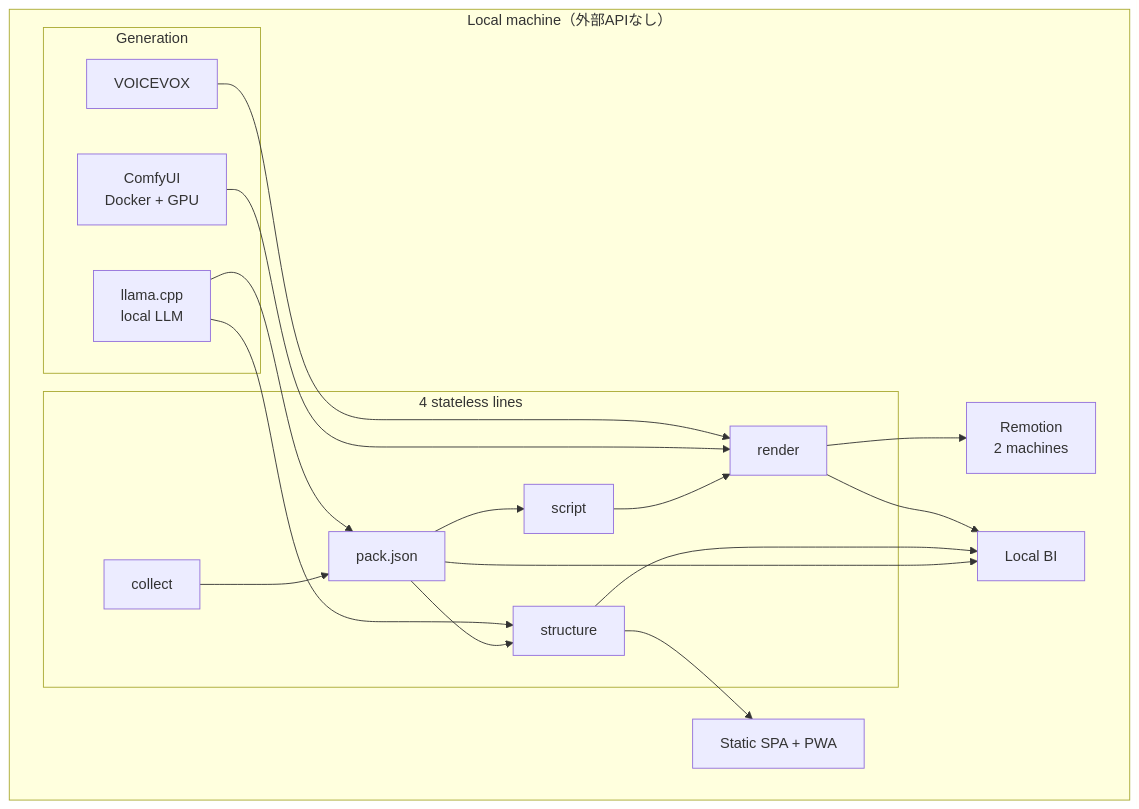
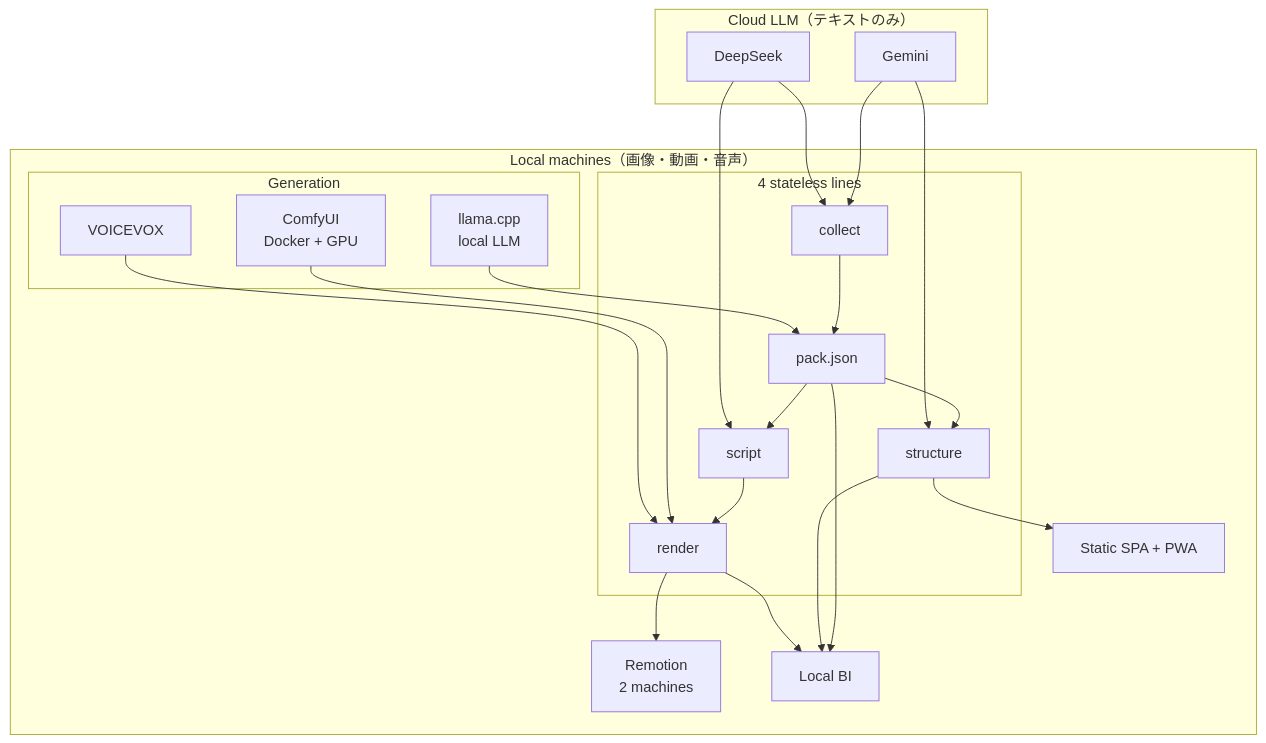
One commit to RintaroMatsumoto/ai-production-line changed the diagram in README.md. Above: the diagram before and after it, drawn with Mermaid. The commit also changed other lines of this file and 3 other files, not shown here.

First line of the commit message:
docs: make the local/cloud split explicit

````diff
--- a/README.md
+++ b/README.md
@@ -122,31 +132,39 @@
 ```mermaid
 flowchart TB
-  subgraph LOCAL["Local machine（外部APIなし）"]
+  subgraph CLOUD["Cloud LLM（テキストのみ）"]
+    G["Gemini"]
+    DS["DeepSeek"]
+  end
+
+  subgraph LOCAL["Local machines（画像・動画・音声）"]
     subgraph GEN["Generation"]
       C["ComfyUI<br/>Docker + GPU"]
       L["llama.cpp<br/>local LLM"]
       V["VOICEVOX"]
     end
 
     subgraph LINES["4 stateless lines"]
       A1["collect"] --> A2["pack.json"]
       A2 --> B1["structure"]
       A2 --> C1["script"]
       C1 --> D1["render"]
     end
 
     R["Remotion<br/>2 machines"]
     S["Static SPA + PWA"]
     BI["Local BI"]
   end
 
+  G --> A1
+  DS --> A1
+  G --> B1
+  DS --> C1
   C --> D1
   L --> A2
-  L --> B1
   V --> D1
   D1 --> R
   B1 --> S
   A2 --> BI
   B1 --> BI
   D1 --> BI
 ```
````
